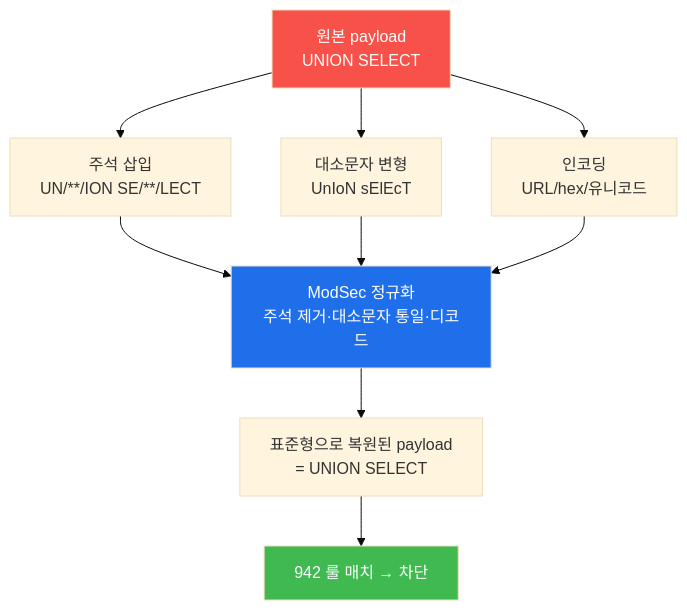
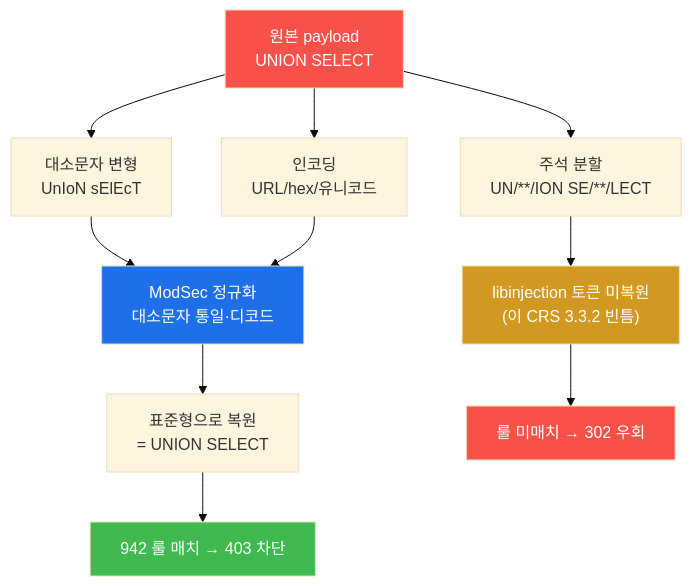
The second of 4 diagrams in contents/training/attack/lecture_week04.md (mrgrit/tw2), drawn with Mermaid (base theme) before and after one commit. The commit also changed other lines of this file and 1 other file, not shown here.

````diff
--- a/contents/training/attack/lecture_week04.md
+++ b/contents/training/attack/lecture_week04.md
@@ -226,14 +234,17 @@
 ```mermaid
 graph TD
-    P["원본 payload<br/>UNION SELECT"] --> T1["주석 삽입<br/>UN/**/ION SE/**/LECT"]
-    P --> T2["대소문자 변형<br/>UnIoN sElEcT"]
+    P["원본 payload<br/>UNION SELECT"] --> T2["대소문자 변형<br/>UnIoN sElEcT"]
     P --> T3["인코딩<br/>URL/hex/유니코드"]
-    T1 --> N["ModSec 정규화<br/>주석 제거·대소문자 통일·디코드"]
-    T2 --> N
+    P --> T1["주석 분할<br/>UN/**/ION SE/**/LECT"]
+    T2 --> N["ModSec 정규화<br/>대소문자 통일·디코드"]
     T3 --> N
-    N --> R["표준형으로 복원된 payload<br/>= UNION SELECT"]
-    R --> M["942 룰 매치 → 차단"]
+    N --> R["표준형으로 복원<br/>= UNION SELECT"]
+    R --> M["942 룰 매치 → 403 차단"]
+    T1 --> X["libinjection 토큰 미복원<br/>(이 CRS 3.3.2 빈틈)"]
+    X --> B["룰 미매치 → 302 우회"]
     style P fill:#f85149,color:#fff
     style N fill:#1f6feb,color:#fff
     style M fill:#3fb950,color:#fff
+    style X fill:#d29922,color:#fff
+    style B fill:#f85149,color:#fff
 ```
````
